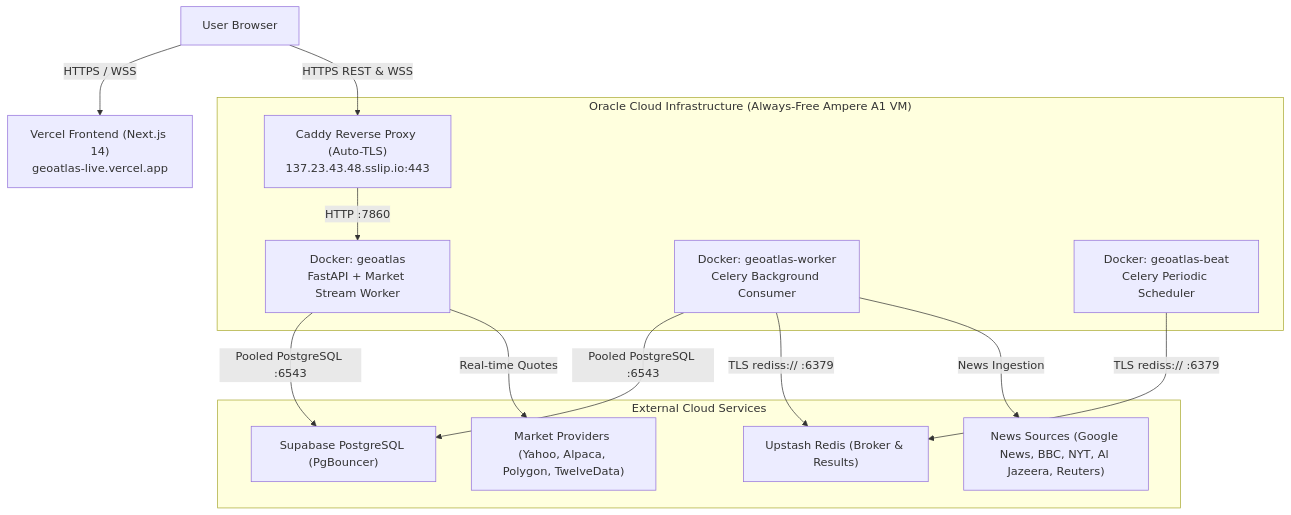
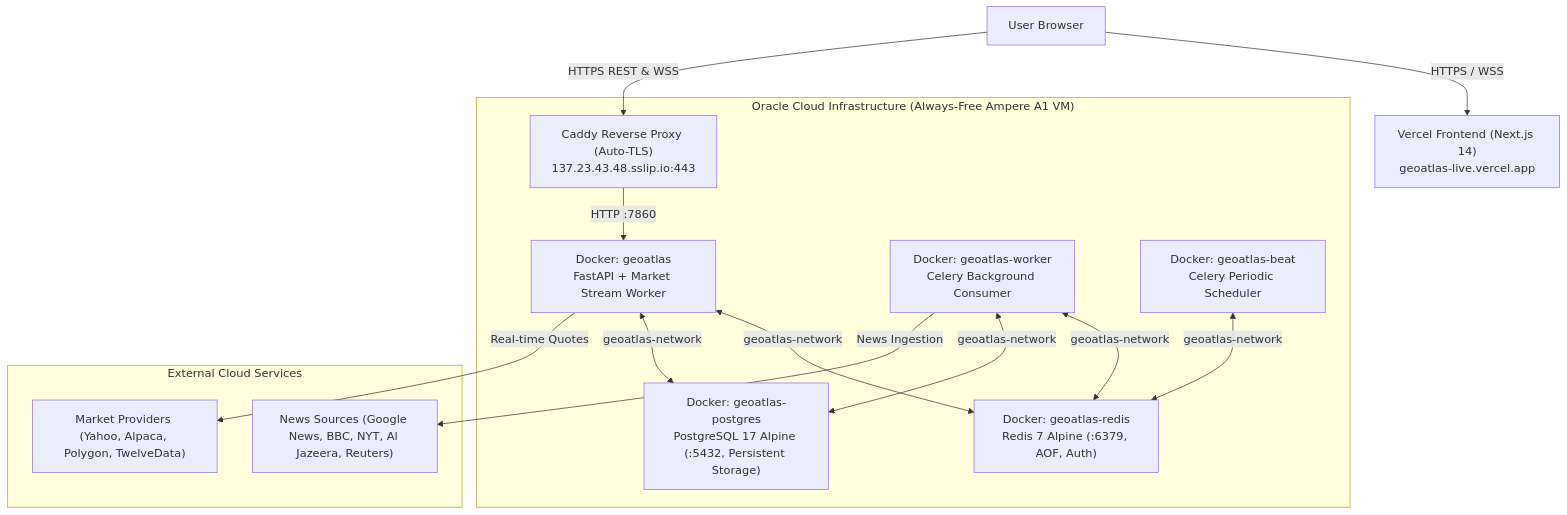
The diagram in README.md (NansKong/GeoAtlas), drawn with Mermaid before and after one commit. The commit also changed other lines of this file and 28 other files, not shown here.

````diff
--- a/README.md
+++ b/README.md
@@ -20,20 +20,24 @@
 ```mermaid
 graph TD
     Client["User Browser"] -->|HTTPS / WSS| Vercel["Vercel Frontend (Next.js 14)<br>geoatlas-live.vercel.app"]
     Client -->|HTTPS REST & WSS| Caddy["Caddy Reverse Proxy (Auto-TLS)<br>137.23.43.48.sslip.io:443"]
     
     subgraph "Oracle Cloud Infrastructure (Always-Free Ampere A1 VM)"
         Caddy -->|HTTP :7860| FastAPIDocker["Docker: geoatlas<br>FastAPI + Market Stream Worker"]
         CeleryWorker["Docker: geoatlas-worker<br>Celery Background Consumer"]
         CeleryBeat["Docker: geoatlas-beat<br>Celery Periodic Scheduler"]
+        RedisDocker["Docker: geoatlas-redis<br>Redis 7 Alpine (:6379, AOF, Auth)"]
+        PostgresDocker["Docker: geoatlas-postgres<br>PostgreSQL 17 Alpine (:5432, Persistent Storage)"]
+        
+        FastAPIDocker <-->|geoatlas-network| RedisDocker
+        CeleryWorker <-->|geoatlas-network| RedisDocker
+        CeleryBeat <-->|geoatlas-network| RedisDocker
+        FastAPIDocker <-->|geoatlas-network| PostgresDocker
+        CeleryWorker <-->|geoatlas-network| PostgresDocker
     end
     
     subgraph "External Cloud Services"
-        FastAPIDocker -->|Pooled PostgreSQL :6543| Supabase["Supabase PostgreSQL (PgBouncer)"]
-        CeleryWorker -->|Pooled PostgreSQL :6543| Supabase
-        CeleryWorker -->|TLS rediss:// :6379| Upstash["Upstash Redis (Broker & Results)"]
-        CeleryBeat -->|TLS rediss:// :6379| Upstash
         FastAPIDocker -->|Real-time Quotes| MarketAPIs["Market Providers (Yahoo, Alpaca, Polygon, TwelveData)"]
         CeleryWorker -->|News Ingestion| NewsAPIs["News Sources (Google News, BBC, NYT, Al Jazeera, Reuters)"]
     end
 ```
````
